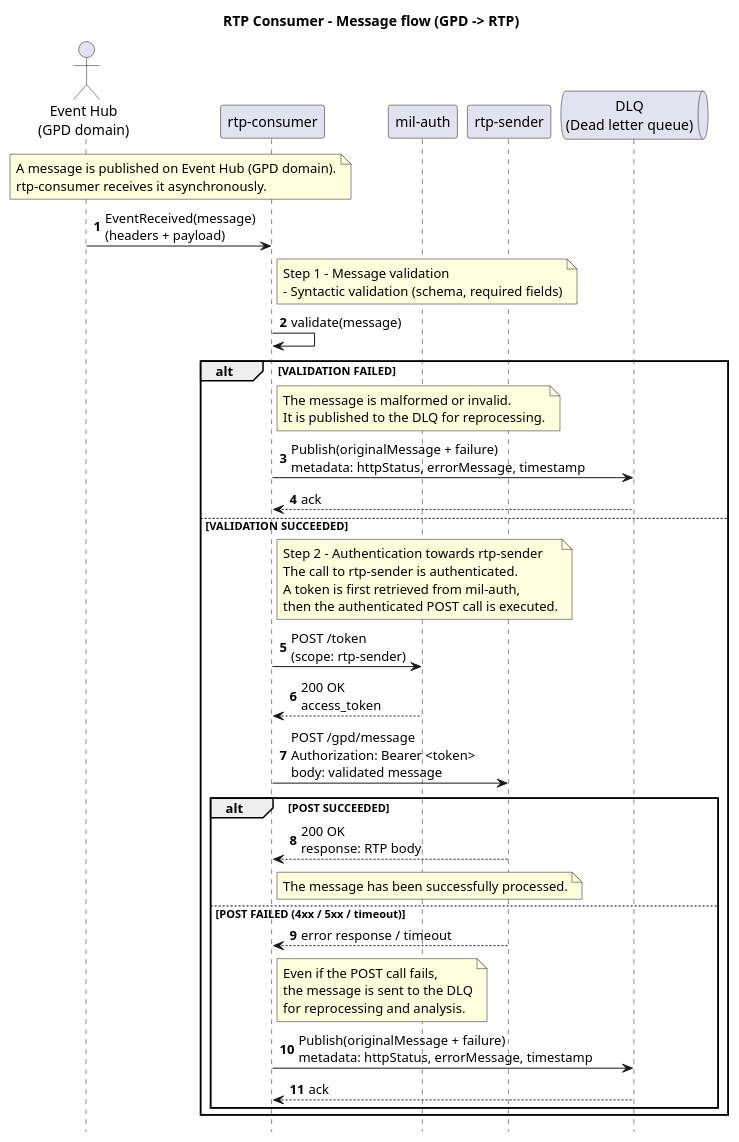
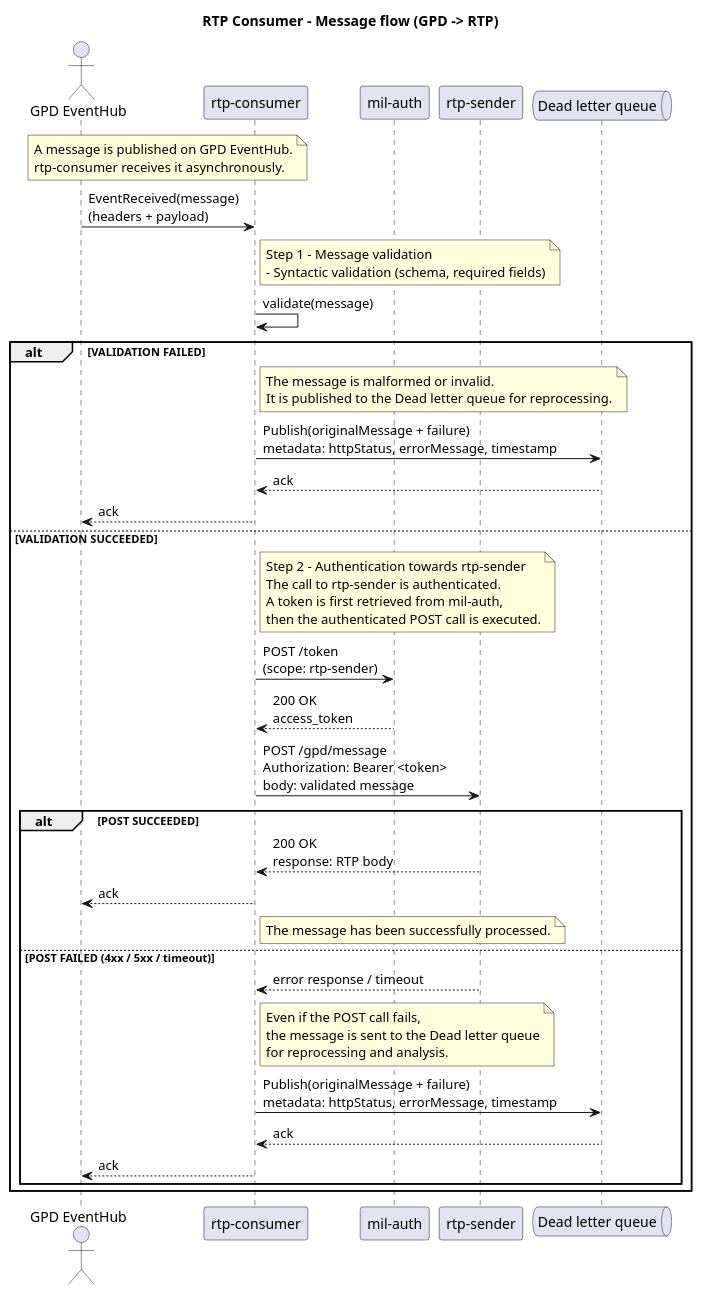
The diagram in diagrams/rtp-consumer-flow.puml (pagopa/rtp-docs), drawn with PlantUML before and after one commit. The commit also changed 2 other files, not shown here.

Commit message:
fix: [SRTP-1225] fix flow

```diff
--- a/diagrams/rtp-consumer-flow.puml
+++ b/diagrams/rtp-consumer-flow.puml
@@ -1,68 +1,68 @@
 @startuml
 title RTP Consumer - Message flow (GPD -> RTP)
 
-hide footbox
-autonumber
-
-actor "Event Hub\n(GPD domain)" as EH
+actor "GPD EventHub" as EH
 participant "rtp-consumer" as C
 participant "mil-auth" as MA
 participant "rtp-sender" as S
-queue "DLQ\n(Dead letter queue)" as DLQ
+queue "Dead letter queue" as DLQ
 
 note over EH,C
-A message is published on Event Hub (GPD domain).
+A message is published on GPD EventHub.
 rtp-consumer receives it asynchronously.
 end note
 
 EH -> C : EventReceived(message)\n(headers + payload)
 
 note right of C
 Step 1 - Message validation
 - Syntactic validation (schema, required fields)
 end note
 
 C -> C : validate(message)
 
 alt VALIDATION FAILED
   note right of C
   The message is malformed or invalid.
-  It is published to the DLQ for reprocessing.
+  It is published to the Dead letter queue for reprocessing.
   end note
 
   C -> DLQ : Publish(originalMessage + failure)\nmetadata: httpStatus, errorMessage, timestamp
   DLQ --> C : ack
+  C --> EH : ack
 
 else VALIDATION SUCCEEDED
   note right of C
   Step 2 - Authentication towards rtp-sender
   The call to rtp-sender is authenticated.
   A token is first retrieved from mil-auth,
   then the authenticated POST call is executed.
   end note
 
   C -> MA : POST /token\n(scope: rtp-sender)
   MA --> C : 200 OK\naccess_token
 
   C -> S : POST /gpd/message\nAuthorization: Bearer <token>\nbody: validated message
 
   alt POST SUCCEEDED
     S --> C : 200 OK\nresponse: RTP body
+    C --> EH : ack
     note right of C
     The message has been successfully processed.
     end note
 
   else POST FAILED (4xx / 5xx / timeout)
     S --> C : error response / timeout
     note right of C
     Even if the POST call fails,
-    the message is sent to the DLQ
+    the message is sent to the Dead letter queue
     for reprocessing and analysis.
     end note
 
     C -> DLQ : Publish(originalMessage + failure)\nmetadata: httpStatus, errorMessage, timestamp
     DLQ --> C : ack
+    C --> EH : ack
   end
 end
 
 @enduml
```
